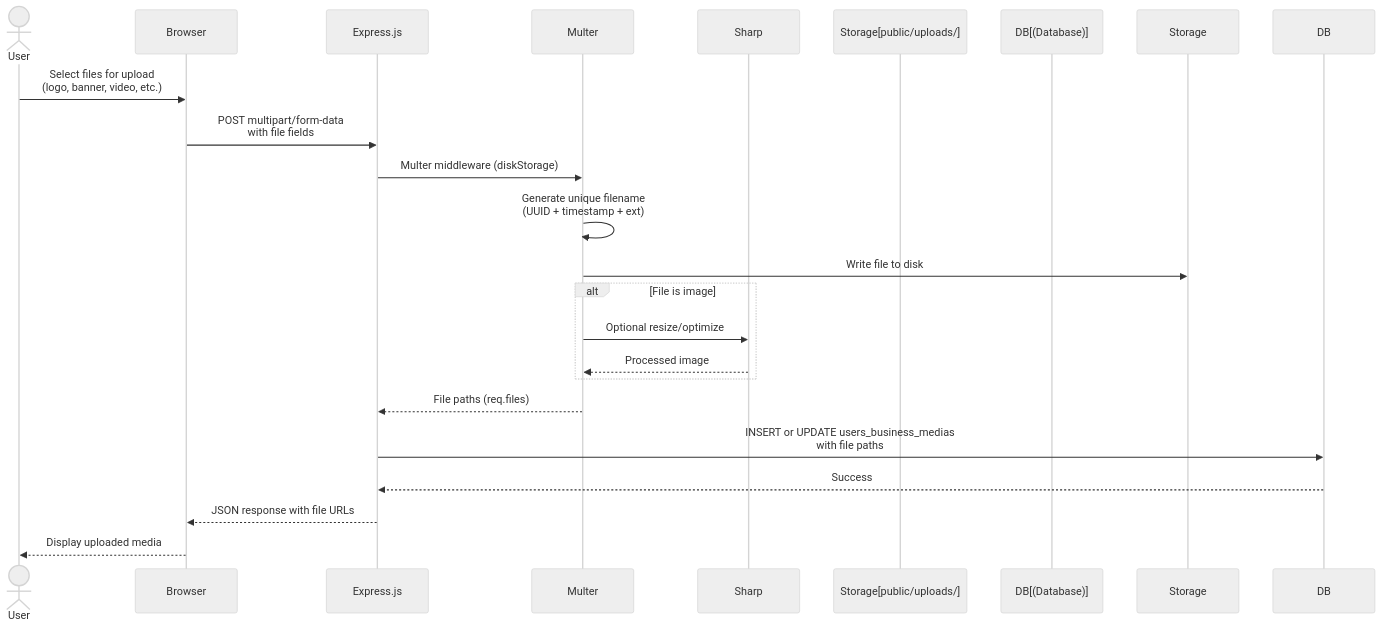
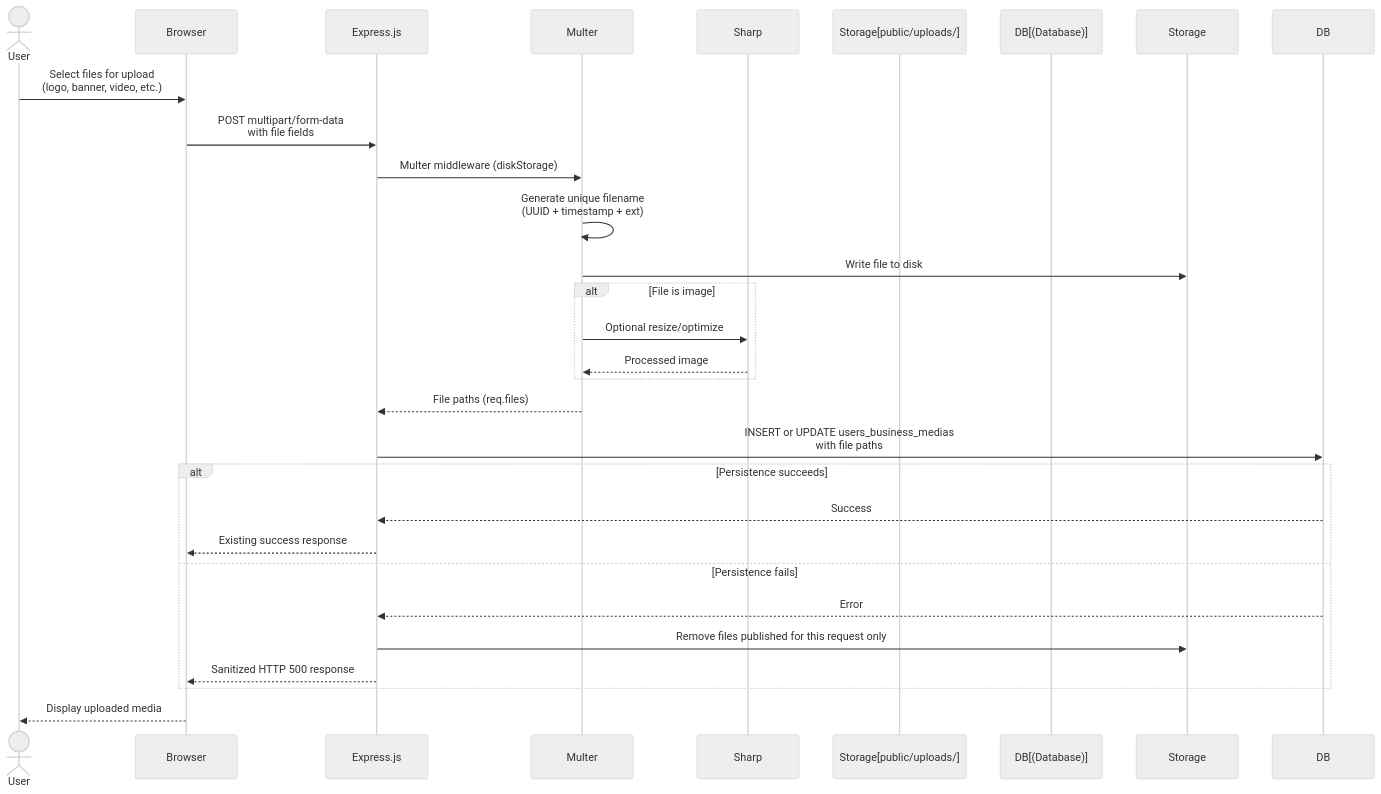
Diagram 12 of 17 in README.md (sirexlangnmn/all-world-trade-v11), drawn with Mermaid (neutral theme) before and after one commit. The commit also changed other lines of this file and 10 other files, not shown here.

````diff
--- a/README.md
+++ b/README.md
@@ -1037,25 +1037,31 @@
 ```mermaid
 sequenceDiagram
     actor User
     participant Browser
     participant Express as Express.js
     participant Multer
     participant Sharp
     participant Storage[public/uploads/]
     participant DB[(Database)]
 
     User->>Browser: Select files for upload<br/>(logo, banner, video, etc.)
     Browser->>Express: POST multipart/form-data<br/>with file fields
     Express->>Multer: Multer middleware (diskStorage)
     Multer->>Multer: Generate unique filename<br/>(UUID + timestamp + ext)
     Multer->>Storage: Write file to disk
     alt File is image
         Multer->>Sharp: Optional resize/optimize
         Sharp-->>Multer: Processed image
     end
     Multer-->>Express: File paths (req.files)
     Express->>DB: INSERT or UPDATE users_business_medias<br/>with file paths
-    DB-->>Express: Success
-    Express-->>Browser: JSON response with file URLs
+    alt Persistence succeeds
+        DB-->>Express: Success
+        Express-->>Browser: Existing success response
+    else Persistence fails
+        DB-->>Express: Error
+        Express->>Storage: Remove files published for this request only
+        Express-->>Browser: Sanitized HTTP 500 response
+    end
     Browser-->>User: Display uploaded media
 ```
````
